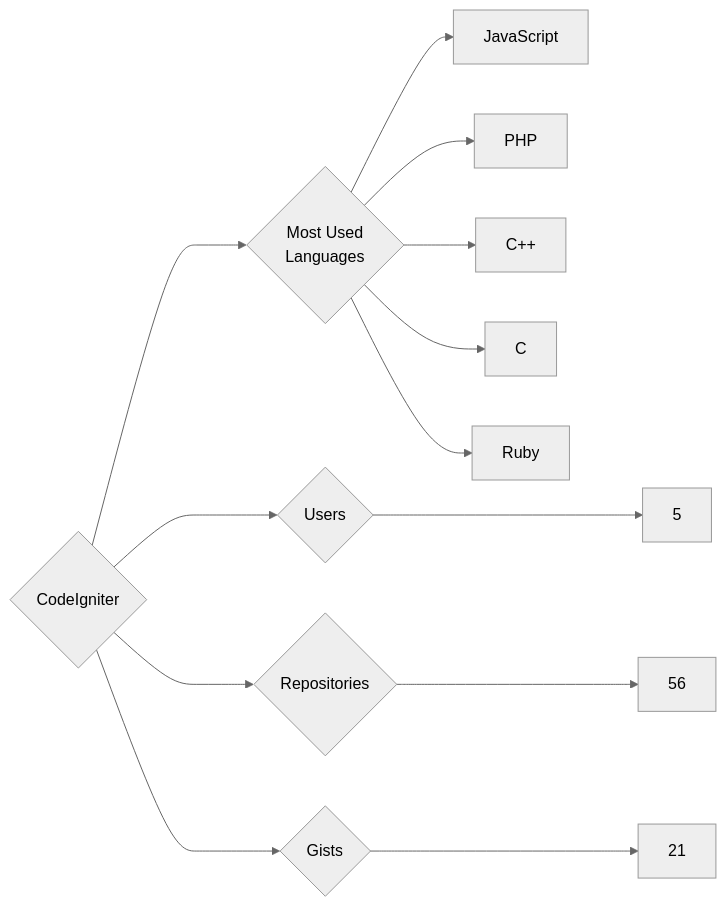
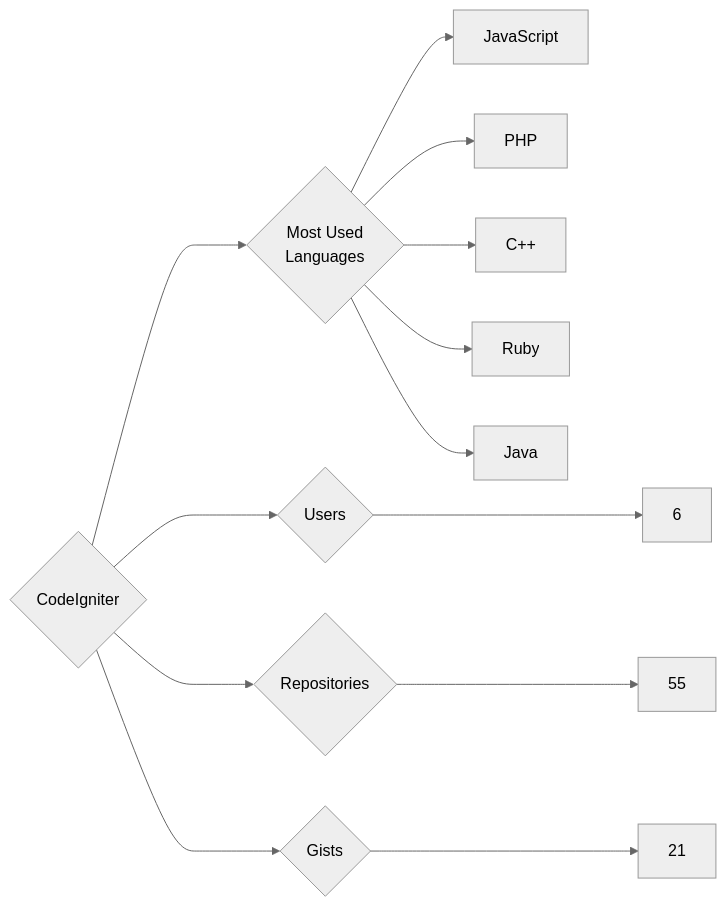
The diagram in targets/CodeIgniter/README.md (trickest/insiders), drawn with Mermaid (neutral theme) before and after one commit. The commit also changed 681 other files, not shown here.

````diff
--- a/targets/CodeIgniter/README.md
+++ b/targets/CodeIgniter/README.md
@@ -3,13 +3,13 @@
 ```mermaid
 graph LR
 COMPANY_NAME{CodeIgniter}
-COMPANY_NAME ---> U{Users} ---> UN[5]
-COMPANY_NAME ---> R{Repositories} ---> RN[56]
+COMPANY_NAME ---> U{Users} ---> UN[6]
+COMPANY_NAME ---> R{Repositories} ---> RN[55]
 COMPANY_NAME ---> G{Gists} ---> GN[21]
 COMPANY_NAME ---> ML{Most Used<br>Languages}
 ML --> JavaScript[JavaScript]
 ML --> PHP[PHP]
 ML --> C++[C++]
-ML --> C[C]
 ML --> Ruby[Ruby]
+ML --> Java[Java]
 ```
````
